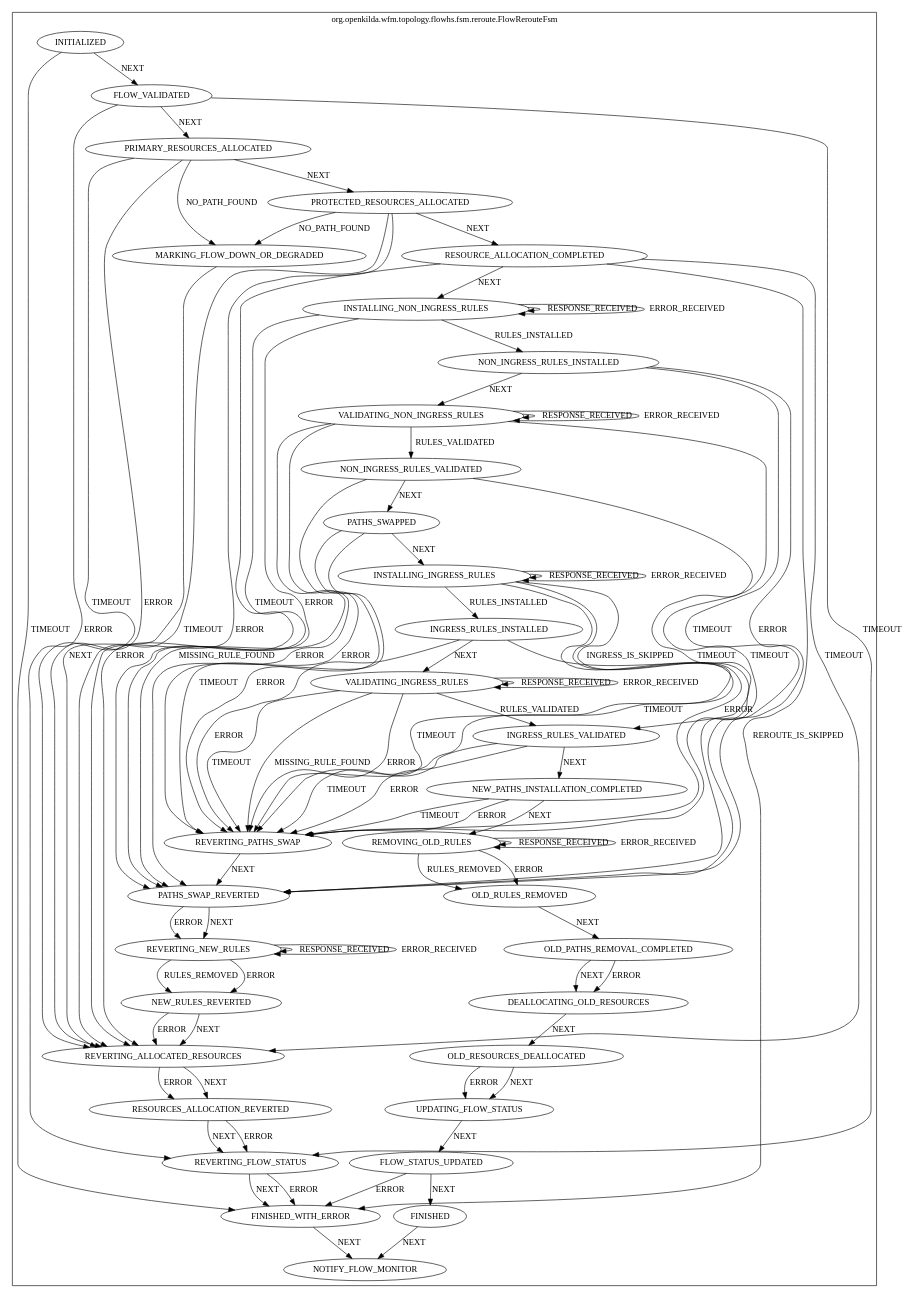
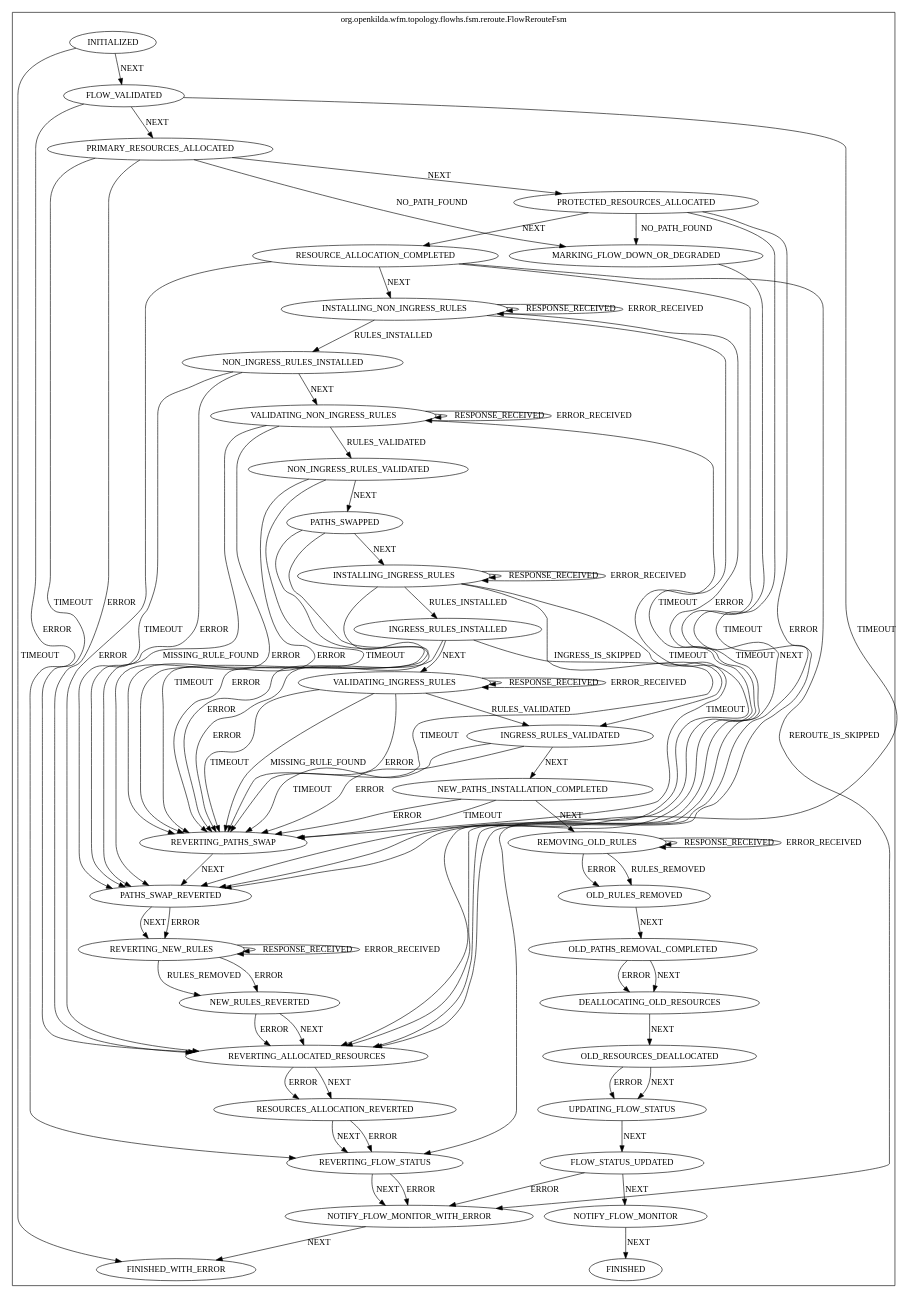
The diagram in docs/design/hub-and-spoke/reroute/flow-reroute-fsm.dot (telstra/open-kilda), drawn with Graphviz before and after one commit. The commit also changed 21 other files, not shown here.

First line of the commit message:
Update flow monitoring feature design

```diff
--- a/docs/design/hub-and-spoke/reroute/flow-reroute-fsm.dot
+++ b/docs/design/hub-and-spoke/reroute/flow-reroute-fsm.dot
@@ -1,127 +1,128 @@
 digraph {
 compound=true;
 subgraph cluster_StateMachine {
 label="org.openkilda.wfm.topology.flowhs.fsm.reroute.FlowRerouteFsm";
 INSTALLING_NON_INGRESS_RULES [label="INSTALLING_NON_INGRESS_RULES"];
 INGRESS_RULES_VALIDATED [label="INGRESS_RULES_VALIDATED"];
 DEALLOCATING_OLD_RESOURCES [label="DEALLOCATING_OLD_RESOURCES"];
 INSTALLING_INGRESS_RULES [label="INSTALLING_INGRESS_RULES"];
 VALIDATING_INGRESS_RULES [label="VALIDATING_INGRESS_RULES"];
 FINISHED_WITH_ERROR [label="FINISHED_WITH_ERROR"];
 INGRESS_RULES_INSTALLED [label="INGRESS_RULES_INSTALLED"];
 FINISHED [label="FINISHED"];
 NOTIFY_FLOW_MONITOR [label="NOTIFY_FLOW_MONITOR"];
+NOTIFY_FLOW_MONITOR_WITH_ERROR [label="NOTIFY_FLOW_MONITOR_WITH_ERROR"];
 INITIALIZED [label="INITIALIZED"];
 REVERTING_FLOW_STATUS [label="REVERTING_FLOW_STATUS"];
 OLD_PATHS_REMOVAL_COMPLETED [label="OLD_PATHS_REMOVAL_COMPLETED"];
 FLOW_VALIDATED [label="FLOW_VALIDATED"];
 NEW_PATHS_INSTALLATION_COMPLETED [label="NEW_PATHS_INSTALLATION_COMPLETED"];
 NON_INGRESS_RULES_VALIDATED [label="NON_INGRESS_RULES_VALIDATED"];
 NEW_RULES_REVERTED [label="NEW_RULES_REVERTED"];
 RESOURCE_ALLOCATION_COMPLETED [label="RESOURCE_ALLOCATION_COMPLETED"];
 NON_INGRESS_RULES_INSTALLED [label="NON_INGRESS_RULES_INSTALLED"];
 UPDATING_FLOW_STATUS [label="UPDATING_FLOW_STATUS"];
 RESOURCES_ALLOCATION_REVERTED [label="RESOURCES_ALLOCATION_REVERTED"];
 PATHS_SWAPPED [label="PATHS_SWAPPED"];
 OLD_RESOURCES_DEALLOCATED [label="OLD_RESOURCES_DEALLOCATED"];
 FLOW_STATUS_UPDATED [label="FLOW_STATUS_UPDATED"];
 MARKING_FLOW_DOWN_OR_DEGRADED [label="MARKING_FLOW_DOWN_OR_DEGRADED"];
 PROTECTED_RESOURCES_ALLOCATED [label="PROTECTED_RESOURCES_ALLOCATED"];
 REVERTING_ALLOCATED_RESOURCES [label="REVERTING_ALLOCATED_RESOURCES"];
 VALIDATING_NON_INGRESS_RULES [label="VALIDATING_NON_INGRESS_RULES"];
 REVERTING_PATHS_SWAP [label="REVERTING_PATHS_SWAP"];
 OLD_RULES_REMOVED [label="OLD_RULES_REMOVED"];
 REVERTING_NEW_RULES [label="REVERTING_NEW_RULES"];
 REMOVING_OLD_RULES [label="REMOVING_OLD_RULES"];
 PATHS_SWAP_REVERTED [label="PATHS_SWAP_REVERTED"];
 PRIMARY_RESOURCES_ALLOCATED [label="PRIMARY_RESOURCES_ALLOCATED"];
 
 INSTALLING_NON_INGRESS_RULES -> INSTALLING_NON_INGRESS_RULES [ label="RESPONSE_RECEIVED"];
 INSTALLING_NON_INGRESS_RULES -> INSTALLING_NON_INGRESS_RULES [ label="ERROR_RECEIVED"];
 INSTALLING_NON_INGRESS_RULES -> NON_INGRESS_RULES_INSTALLED [ label="RULES_INSTALLED"];
 INSTALLING_NON_INGRESS_RULES -> PATHS_SWAP_REVERTED [ label="TIMEOUT"];
 INSTALLING_NON_INGRESS_RULES -> PATHS_SWAP_REVERTED [ label="ERROR"];
 INGRESS_RULES_VALIDATED -> NEW_PATHS_INSTALLATION_COMPLETED [ label="NEXT"];
 INGRESS_RULES_VALIDATED -> REVERTING_PATHS_SWAP [ label="TIMEOUT"];
 INGRESS_RULES_VALIDATED -> REVERTING_PATHS_SWAP [ label="ERROR"];
 DEALLOCATING_OLD_RESOURCES -> OLD_RESOURCES_DEALLOCATED [ label="NEXT"];
 INSTALLING_INGRESS_RULES -> INSTALLING_INGRESS_RULES [ label="RESPONSE_RECEIVED"];
 INSTALLING_INGRESS_RULES -> INSTALLING_INGRESS_RULES [ label="ERROR_RECEIVED"];
 INSTALLING_INGRESS_RULES -> INGRESS_RULES_INSTALLED [ label="RULES_INSTALLED"];
 INSTALLING_INGRESS_RULES -> INGRESS_RULES_VALIDATED [ label="INGRESS_IS_SKIPPED"];
 INSTALLING_INGRESS_RULES -> REVERTING_PATHS_SWAP [ label="TIMEOUT"];
 INSTALLING_INGRESS_RULES -> REVERTING_PATHS_SWAP [ label="ERROR"];
 VALIDATING_INGRESS_RULES -> VALIDATING_INGRESS_RULES [ label="RESPONSE_RECEIVED"];
 VALIDATING_INGRESS_RULES -> VALIDATING_INGRESS_RULES [ label="ERROR_RECEIVED"];
 VALIDATING_INGRESS_RULES -> INGRESS_RULES_VALIDATED [ label="RULES_VALIDATED"];
 VALIDATING_INGRESS_RULES -> REVERTING_PATHS_SWAP [ label="TIMEOUT"];
 VALIDATING_INGRESS_RULES -> REVERTING_PATHS_SWAP [ label="MISSING_RULE_FOUND"];
 VALIDATING_INGRESS_RULES -> REVERTING_PATHS_SWAP [ label="ERROR"];
 INGRESS_RULES_INSTALLED -> VALIDATING_INGRESS_RULES [ label="NEXT"];
 INGRESS_RULES_INSTALLED -> REVERTING_PATHS_SWAP [ label="TIMEOUT"];
 INGRESS_RULES_INSTALLED -> REVERTING_PATHS_SWAP [ label="ERROR"];
 INITIALIZED -> FLOW_VALIDATED [ label="NEXT"];
 INITIALIZED -> FINISHED_WITH_ERROR [ label="TIMEOUT"];
-REVERTING_FLOW_STATUS -> FINISHED_WITH_ERROR [ label="NEXT"];
-REVERTING_FLOW_STATUS -> FINISHED_WITH_ERROR [ label="ERROR"];
+REVERTING_FLOW_STATUS -> NOTIFY_FLOW_MONITOR_WITH_ERROR [ label="NEXT"];
+REVERTING_FLOW_STATUS -> NOTIFY_FLOW_MONITOR_WITH_ERROR [ label="ERROR"];
 OLD_PATHS_REMOVAL_COMPLETED -> DEALLOCATING_OLD_RESOURCES [ label="NEXT"];
 OLD_PATHS_REMOVAL_COMPLETED -> DEALLOCATING_OLD_RESOURCES [ label="ERROR"];
 FLOW_VALIDATED -> PRIMARY_RESOURCES_ALLOCATED [ label="NEXT"];
 FLOW_VALIDATED -> REVERTING_FLOW_STATUS [ label="TIMEOUT"];
 FLOW_VALIDATED -> REVERTING_FLOW_STATUS [ label="ERROR"];
 NEW_PATHS_INSTALLATION_COMPLETED -> REMOVING_OLD_RULES [ label="NEXT"];
 NEW_PATHS_INSTALLATION_COMPLETED -> REVERTING_PATHS_SWAP [ label="TIMEOUT"];
 NEW_PATHS_INSTALLATION_COMPLETED -> REVERTING_PATHS_SWAP [ label="ERROR"];
 NON_INGRESS_RULES_VALIDATED -> PATHS_SWAPPED [ label="NEXT"];
 NON_INGRESS_RULES_VALIDATED -> REVERTING_PATHS_SWAP [ label="TIMEOUT"];
 NON_INGRESS_RULES_VALIDATED -> REVERTING_PATHS_SWAP [ label="ERROR"];
 NEW_RULES_REVERTED -> REVERTING_ALLOCATED_RESOURCES [ label="NEXT"];
 NEW_RULES_REVERTED -> REVERTING_ALLOCATED_RESOURCES [ label="ERROR"];
 RESOURCE_ALLOCATION_COMPLETED -> INSTALLING_NON_INGRESS_RULES [ label="NEXT"];
-RESOURCE_ALLOCATION_COMPLETED -> FINISHED_WITH_ERROR [ label="REROUTE_IS_SKIPPED"];
+RESOURCE_ALLOCATION_COMPLETED -> NOTIFY_FLOW_MONITOR_WITH_ERROR [ label="REROUTE_IS_SKIPPED"];
 RESOURCE_ALLOCATION_COMPLETED -> REVERTING_ALLOCATED_RESOURCES [ label="TIMEOUT"];
 RESOURCE_ALLOCATION_COMPLETED -> REVERTING_ALLOCATED_RESOURCES [ label="ERROR"];
 NON_INGRESS_RULES_INSTALLED -> VALIDATING_NON_INGRESS_RULES [ label="NEXT"];
 NON_INGRESS_RULES_INSTALLED -> PATHS_SWAP_REVERTED [ label="TIMEOUT"];
 NON_INGRESS_RULES_INSTALLED -> PATHS_SWAP_REVERTED [ label="ERROR"];
 UPDATING_FLOW_STATUS -> FLOW_STATUS_UPDATED [ label="NEXT"];
 RESOURCES_ALLOCATION_REVERTED -> REVERTING_FLOW_STATUS [ label="NEXT"];
 RESOURCES_ALLOCATION_REVERTED -> REVERTING_FLOW_STATUS [ label="ERROR"];
 PATHS_SWAPPED -> INSTALLING_INGRESS_RULES [ label="NEXT"];
 PATHS_SWAPPED -> REVERTING_PATHS_SWAP [ label="TIMEOUT"];
 PATHS_SWAPPED -> REVERTING_PATHS_SWAP [ label="ERROR"];
 OLD_RESOURCES_DEALLOCATED -> UPDATING_FLOW_STATUS [ label="NEXT"];
 OLD_RESOURCES_DEALLOCATED -> UPDATING_FLOW_STATUS [ label="ERROR"];
-FLOW_STATUS_UPDATED -> FINISHED [ label="NEXT"];
-FINISHED -> NOTIFY_FLOW_MONITOR [ label="NEXT"];
-FLOW_STATUS_UPDATED -> FINISHED_WITH_ERROR [ label="ERROR"];
-FINISHED_WITH_ERROR -> NOTIFY_FLOW_MONITOR [ label="NEXT"];
+FLOW_STATUS_UPDATED -> NOTIFY_FLOW_MONITOR [ label="NEXT"];
+NOTIFY_FLOW_MONITOR -> FINISHED [ label="NEXT"];
+FLOW_STATUS_UPDATED -> NOTIFY_FLOW_MONITOR_WITH_ERROR [ label="ERROR"];
+NOTIFY_FLOW_MONITOR_WITH_ERROR -> FINISHED_WITH_ERROR [ label="NEXT"];
 MARKING_FLOW_DOWN_OR_DEGRADED -> REVERTING_ALLOCATED_RESOURCES [ label="NEXT"];
 PROTECTED_RESOURCES_ALLOCATED -> RESOURCE_ALLOCATION_COMPLETED [ label="NEXT"];
 PROTECTED_RESOURCES_ALLOCATED -> MARKING_FLOW_DOWN_OR_DEGRADED [ label="NO_PATH_FOUND"];
 PROTECTED_RESOURCES_ALLOCATED -> REVERTING_ALLOCATED_RESOURCES [ label="TIMEOUT"];
 PROTECTED_RESOURCES_ALLOCATED -> REVERTING_ALLOCATED_RESOURCES [ label="ERROR"];
 REVERTING_ALLOCATED_RESOURCES -> RESOURCES_ALLOCATION_REVERTED [ label="NEXT"];
 REVERTING_ALLOCATED_RESOURCES -> RESOURCES_ALLOCATION_REVERTED [ label="ERROR"];
 VALIDATING_NON_INGRESS_RULES -> VALIDATING_NON_INGRESS_RULES [ label="RESPONSE_RECEIVED"];
 VALIDATING_NON_INGRESS_RULES -> VALIDATING_NON_INGRESS_RULES [ label="ERROR_RECEIVED"];
 VALIDATING_NON_INGRESS_RULES -> NON_INGRESS_RULES_VALIDATED [ label="RULES_VALIDATED"];
 VALIDATING_NON_INGRESS_RULES -> PATHS_SWAP_REVERTED [ label="TIMEOUT"];
 VALIDATING_NON_INGRESS_RULES -> PATHS_SWAP_REVERTED [ label="MISSING_RULE_FOUND"];
 VALIDATING_NON_INGRESS_RULES -> PATHS_SWAP_REVERTED [ label="ERROR"];
 REVERTING_PATHS_SWAP -> PATHS_SWAP_REVERTED [ label="NEXT"];
 OLD_RULES_REMOVED -> OLD_PATHS_REMOVAL_COMPLETED [ label="NEXT"];
 REVERTING_NEW_RULES -> REVERTING_NEW_RULES [ label="RESPONSE_RECEIVED"];
 REVERTING_NEW_RULES -> REVERTING_NEW_RULES [ label="ERROR_RECEIVED"];
 REVERTING_NEW_RULES -> NEW_RULES_REVERTED [ label="RULES_REMOVED"];
 REVERTING_NEW_RULES -> NEW_RULES_REVERTED [ label="ERROR"];
 REMOVING_OLD_RULES -> REMOVING_OLD_RULES [ label="RESPONSE_RECEIVED"];
 REMOVING_OLD_RULES -> REMOVING_OLD_RULES [ label="ERROR_RECEIVED"];
 REMOVING_OLD_RULES -> OLD_RULES_REMOVED [ label="RULES_REMOVED"];
 REMOVING_OLD_RULES -> OLD_RULES_REMOVED [ label="ERROR"];
 PATHS_SWAP_REVERTED -> REVERTING_NEW_RULES [ label="NEXT"];
 PATHS_SWAP_REVERTED -> REVERTING_NEW_RULES [ label="ERROR"];
 PRIMARY_RESOURCES_ALLOCATED -> PROTECTED_RESOURCES_ALLOCATED [ label="NEXT"];
 PRIMARY_RESOURCES_ALLOCATED -> MARKING_FLOW_DOWN_OR_DEGRADED [ label="NO_PATH_FOUND"];
 PRIMARY_RESOURCES_ALLOCATED -> REVERTING_ALLOCATED_RESOURCES [ label="TIMEOUT"];
 PRIMARY_RESOURCES_ALLOCATED -> REVERTING_ALLOCATED_RESOURCES [ label="ERROR"];}}
```
